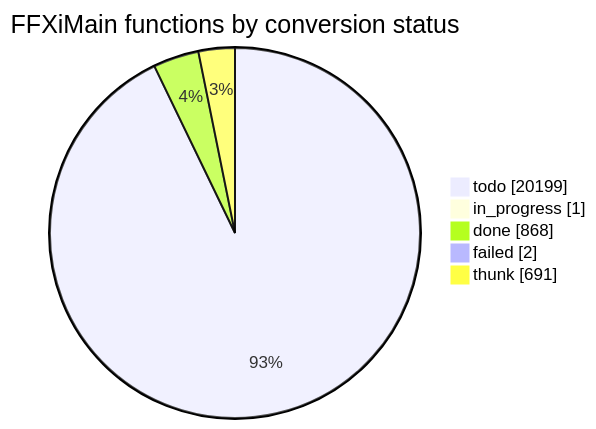
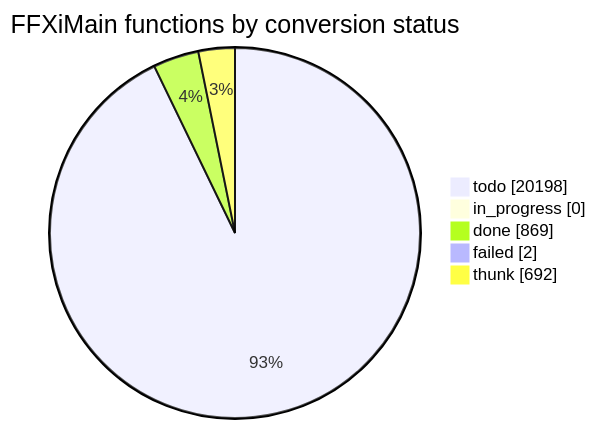
Before and after one commit to cowrevenge/cow_kuluu_xi_anything: the diagram in docs/cow/STATUS.md, drawn with Mermaid. The commit also changed other lines of this file and 9 other files, not shown here.

````diff
--- a/docs/cow/STATUS.md
+++ b/docs/cow/STATUS.md
@@ -18,9 +18,9 @@
 ```mermaid
 pie showData
     title FFXiMain functions by conversion status
-    "todo" : 20199
-    "in_progress" : 1
-    "done" : 868
+    "todo" : 20198
+    "in_progress" : 0
+    "done" : 869
     "failed" : 2
-    "thunk" : 691
+    "thunk" : 692
 ```
````
